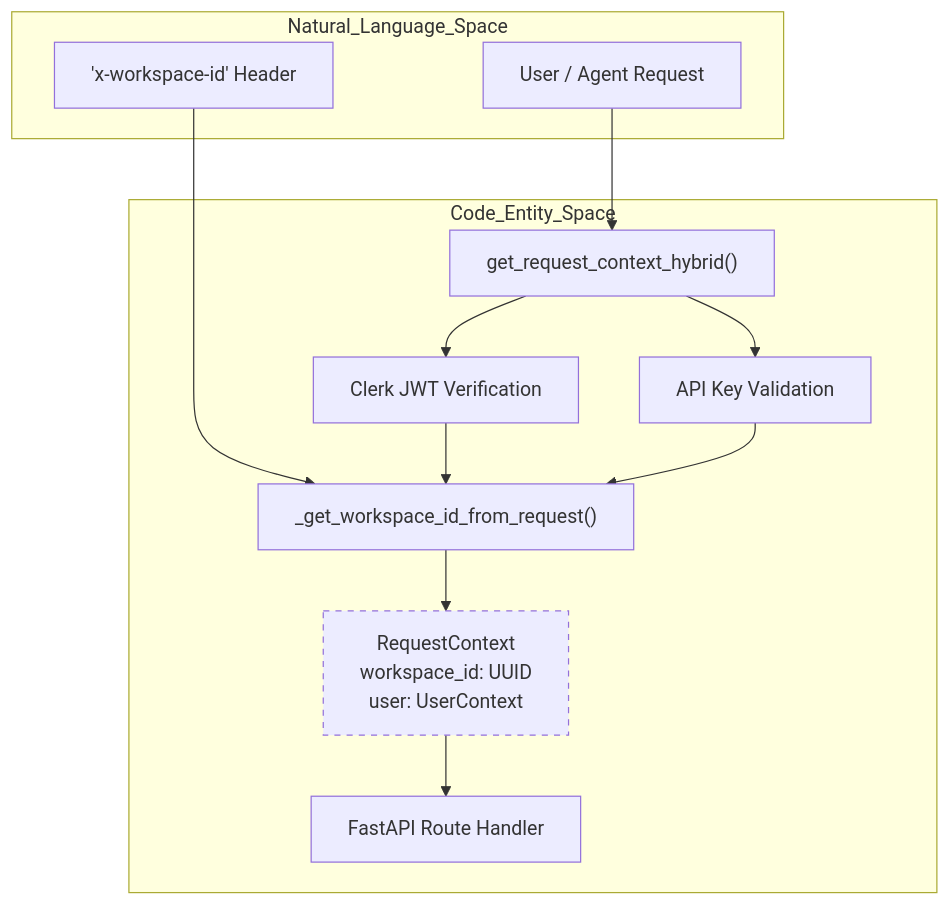
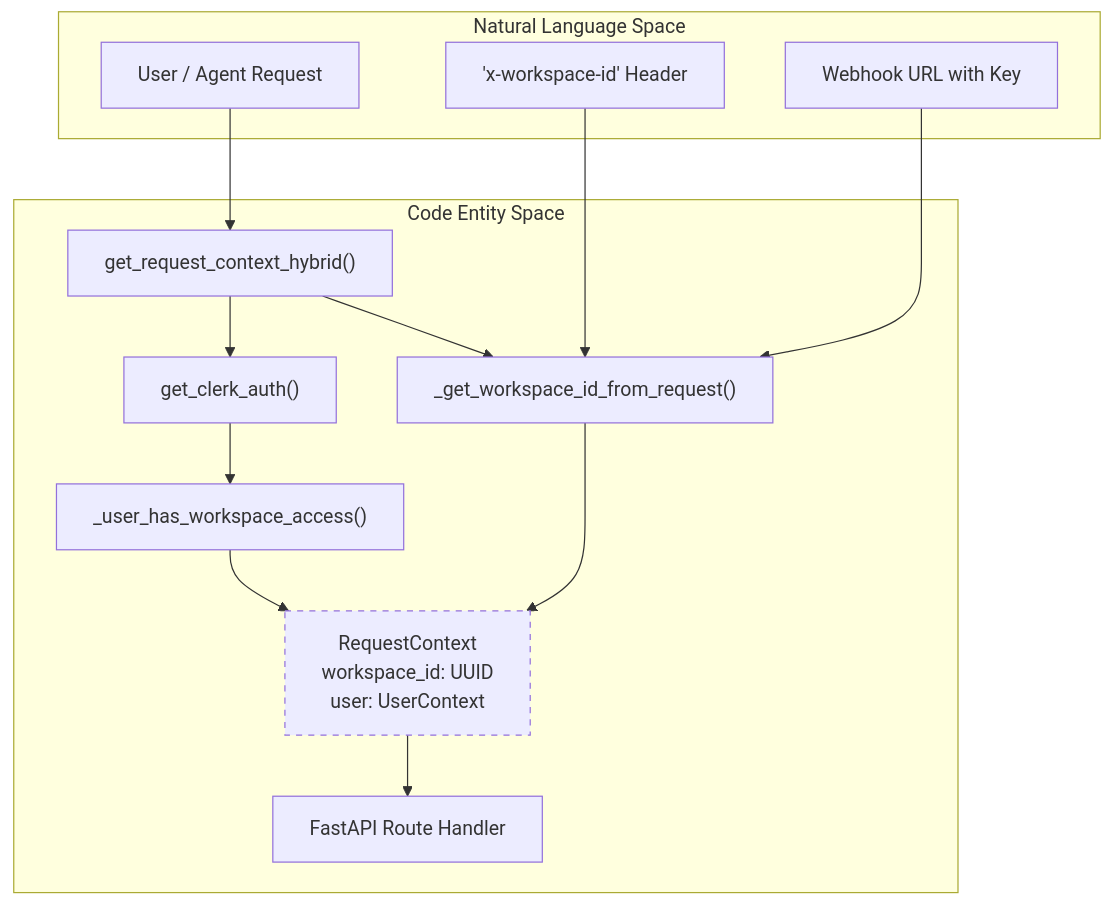
The first of 2 diagrams in docs/authentication-multi-tenancy/data-isolation.md (AutomatosAI/automatos-ai), drawn with Mermaid before and after one commit. The commit also changed other lines of this file and 153 other files, not shown here.

````diff
--- a/docs/authentication-multi-tenancy/data-isolation.md
+++ b/docs/authentication-multi-tenancy/data-isolation.md
@@ -45,27 +44,29 @@
 ```mermaid
 graph TB
-    subgraph "Natural_Language_Space"
+    subgraph "Natural Language Space"
         User["User / Agent Request"]
         WS_Header["'x-workspace-id' Header"]
+        Webhook_URL["Webhook URL with Key"]
     end
 
-    subgraph "Code_Entity_Space"
+    subgraph "Code Entity Space"
         AuthDep["get_request_context_hybrid()"]
-        ClerkAuth["Clerk JWT Verification"]
-        APIKeyAuth["API Key Validation"]
+        ClerkAuth["get_clerk_auth()"]
         WS_Resolver["_get_workspace_id_from_request()"]
+        WS_Verify["_user_has_workspace_access()"]
         RequestContext["RequestContext<br/>workspace_id: UUID<br/>user: UserContext"]
         Endpoint["FastAPI Route Handler"]
     end
 
     User --> AuthDep
     WS_Header --> WS_Resolver
+    Webhook_URL --> WS_Resolver
     AuthDep --> ClerkAuth
-    AuthDep --> APIKeyAuth
-    ClerkAuth --> WS_Resolver
-    APIKeyAuth --> WS_Resolver
+    AuthDep --> WS_Resolver
+    ClerkAuth --> WS_Verify
+    WS_Verify --> RequestContext
     WS_Resolver --> RequestContext
     RequestContext --> Endpoint
 
     style RequestContext stroke-dasharray: 5 5
 ```
````
